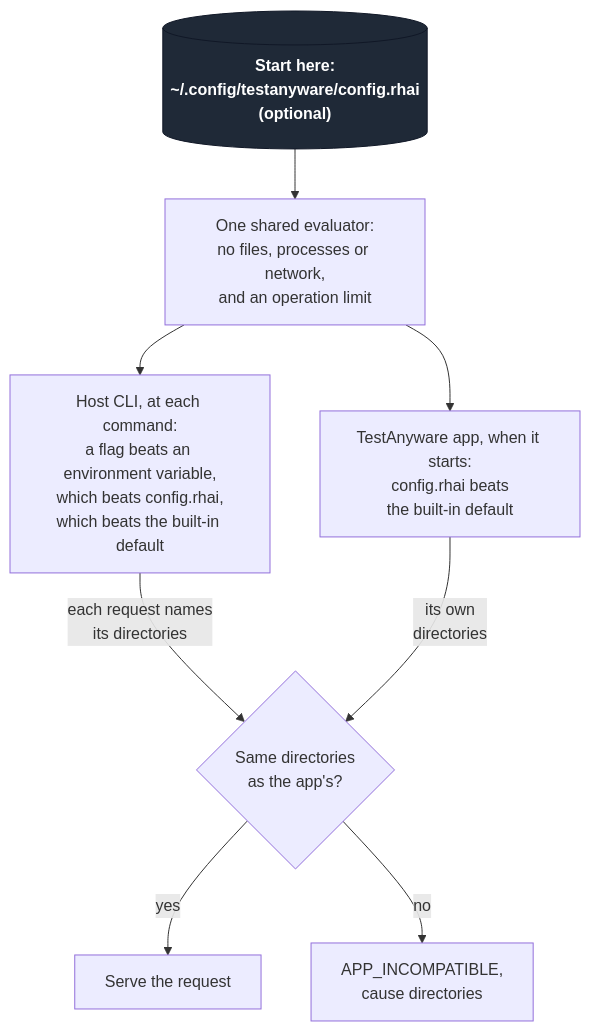
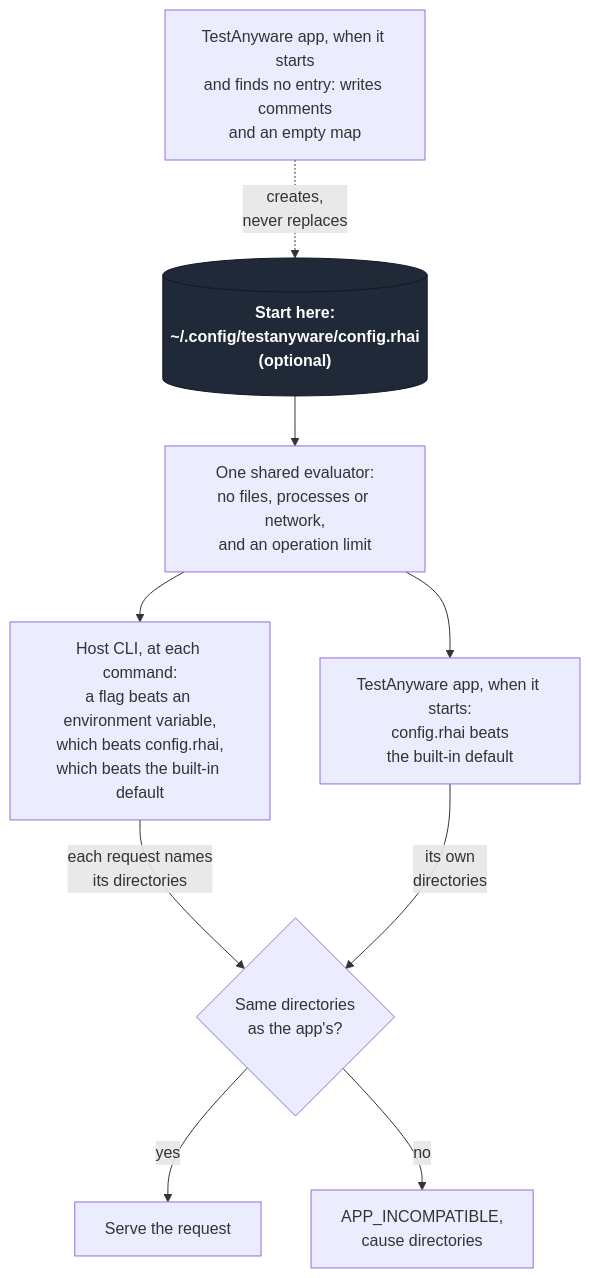
One commit to Linkuistics/TestAnyware changed the tenth of 11 diagrams in docs/specs/testanyware-app.md. Above: the diagram before and after it, drawn with Mermaid. The commit also changed other lines of this file and 5 other files, not shown here.

First line of the commit message:
grove(default-config-file-k58): design the config.rhai that the app writes when it finds none, rework ADR-0021 and the spec, retire the leaf, and cut default-config-file-increments-k59

````diff
--- a/docs/specs/testanyware-app.md
+++ b/docs/specs/testanyware-app.md
@@ -872,11 +902,12 @@
 ```mermaid
 flowchart TD
   file[("Start here:<br/>~/.config/testanyware/config.rhai<br/>(optional)")]:::start --> ev["One shared evaluator:<br/>no files, processes or network,<br/>and an operation limit"]
+  write["TestAnyware app, when it starts<br/>and finds no entry: writes comments<br/>and an empty map"] -. "creates,<br/>never replaces" .-> file
   ev --> cli["Host CLI, at each command:<br/>a flag beats an environment variable,<br/>which beats config.rhai,<br/>which beats the built-in default"]
   ev --> app["TestAnyware app, when it starts:<br/>config.rhai beats<br/>the built-in default"]
   cli -- "each request names<br/>its directories" --> chk{"Same directories<br/>as the app's?"}
   app -- "its own<br/>directories" --> chk
   chk -- "yes" --> go["Serve the request"]
   chk -- "no" --> err["APP_INCOMPATIBLE,<br/>cause directories"]
   classDef start fill:#1f2937,stroke:#111827,color:#ffffff,font-weight:bold
 ```
````
